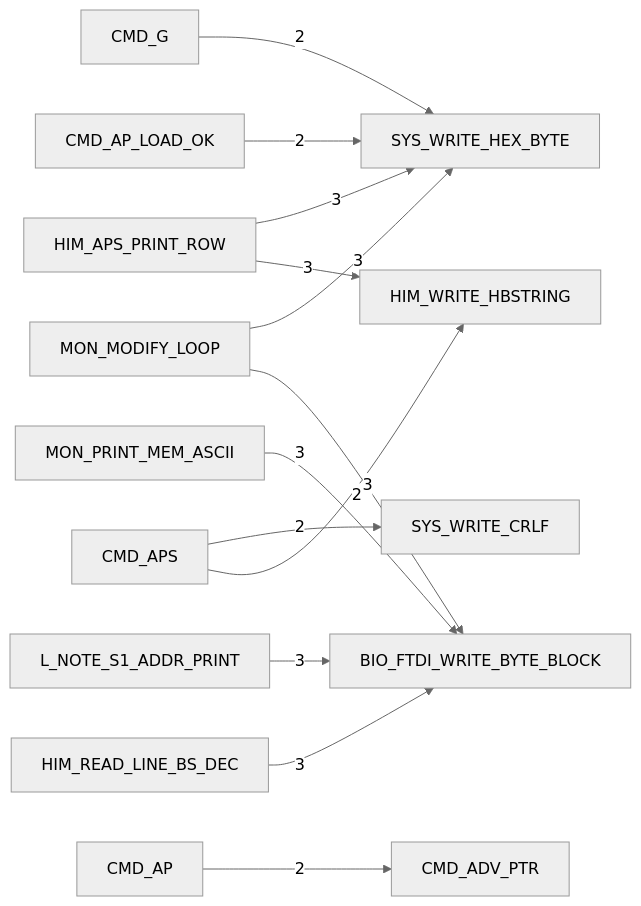
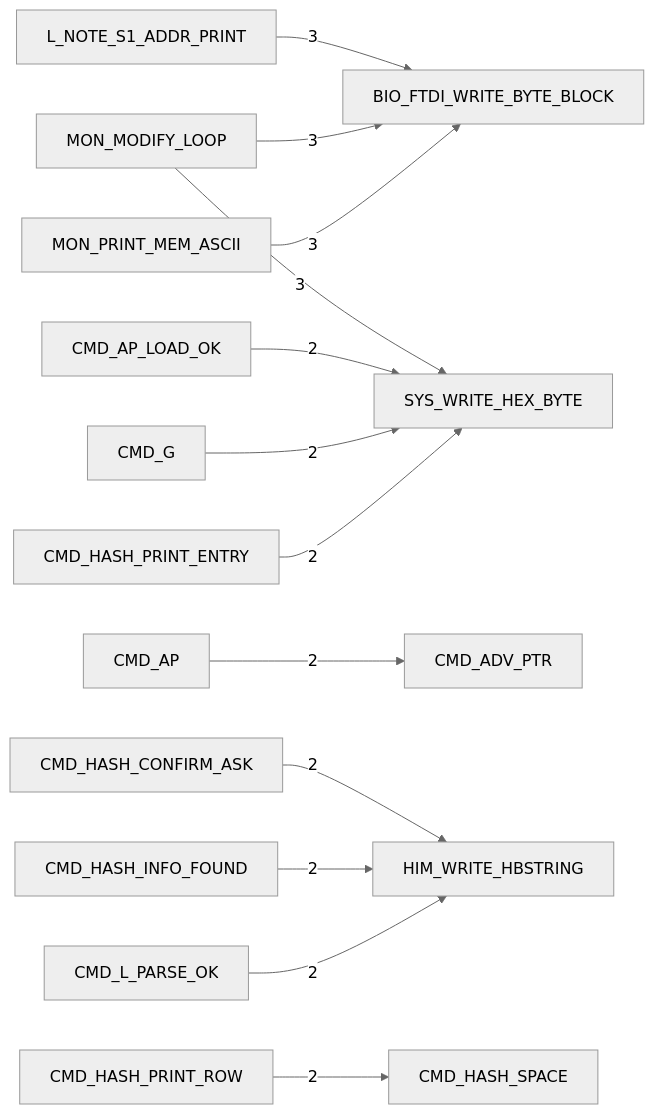
The third of 6 diagrams in DOC/GENERATED/HIMON_ROUTINE_TREE.md (95westus/R-YORS), drawn with Mermaid (neutral theme) before and after one commit. The commit also changed other lines of this file and 243 other files, not shown here.

````diff
--- a/DOC/GENERATED/HIMON_ROUTINE_TREE.md
+++ b/DOC/GENERATED/HIMON_ROUTINE_TREE.md
@@ -44,15 +44,15 @@
 ```mermaid
 flowchart LR
-    N_HIM_APS_PRINT_ROW[HIM_APS_PRINT_ROW] -->|3| N_HIM_WRITE_HBSTRING[HIM_WRITE_HBSTRING]
-    N_HIM_APS_PRINT_ROW[HIM_APS_PRINT_ROW] -->|3| N_SYS_WRITE_HEX_BYTE[SYS_WRITE_HEX_BYTE]
-    N_HIM_READ_LINE_BS_DEC[HIM_READ_LINE_BS_DEC] -->|3| N_BIO_FTDI_WRITE_BYTE_BLOCK[BIO_FTDI_WRITE_BYTE_BLOCK]
     N_L_NOTE_S1_ADDR_PRINT[L_NOTE_S1_ADDR_PRINT] -->|3| N_BIO_FTDI_WRITE_BYTE_BLOCK[BIO_FTDI_WRITE_BYTE_BLOCK]
     N_MON_MODIFY_LOOP[MON_MODIFY_LOOP] -->|3| N_BIO_FTDI_WRITE_BYTE_BLOCK[BIO_FTDI_WRITE_BYTE_BLOCK]
     N_MON_MODIFY_LOOP[MON_MODIFY_LOOP] -->|3| N_SYS_WRITE_HEX_BYTE[SYS_WRITE_HEX_BYTE]
     N_MON_PRINT_MEM_ASCII[MON_PRINT_MEM_ASCII] -->|3| N_BIO_FTDI_WRITE_BYTE_BLOCK[BIO_FTDI_WRITE_BYTE_BLOCK]
     N_CMD_AP[CMD_AP] -->|2| N_CMD_ADV_PTR[CMD_ADV_PTR]
     N_CMD_AP_LOAD_OK[CMD_AP_LOAD_OK] -->|2| N_SYS_WRITE_HEX_BYTE[SYS_WRITE_HEX_BYTE]
-    N_CMD_APS[CMD_APS] -->|2| N_HIM_WRITE_HBSTRING[HIM_WRITE_HBSTRING]
-    N_CMD_APS[CMD_APS] -->|2| N_SYS_WRITE_CRLF[SYS_WRITE_CRLF]
     N_CMD_G[CMD_G] -->|2| N_SYS_WRITE_HEX_BYTE[SYS_WRITE_HEX_BYTE]
+    N_CMD_HASH_CONFIRM_ASK[CMD_HASH_CONFIRM_ASK] -->|2| N_HIM_WRITE_HBSTRING[HIM_WRITE_HBSTRING]
+    N_CMD_HASH_INFO_FOUND[CMD_HASH_INFO_FOUND] -->|2| N_HIM_WRITE_HBSTRING[HIM_WRITE_HBSTRING]
+    N_CMD_HASH_PRINT_ENTRY[CMD_HASH_PRINT_ENTRY] -->|2| N_SYS_WRITE_HEX_BYTE[SYS_WRITE_HEX_BYTE]
+    N_CMD_HASH_PRINT_ROW[CMD_HASH_PRINT_ROW] -->|2| N_CMD_HASH_SPACE[CMD_HASH_SPACE]
+    N_CMD_L_PARSE_OK[CMD_L_PARSE_OK] -->|2| N_HIM_WRITE_HBSTRING[HIM_WRITE_HBSTRING]
 ```
````
